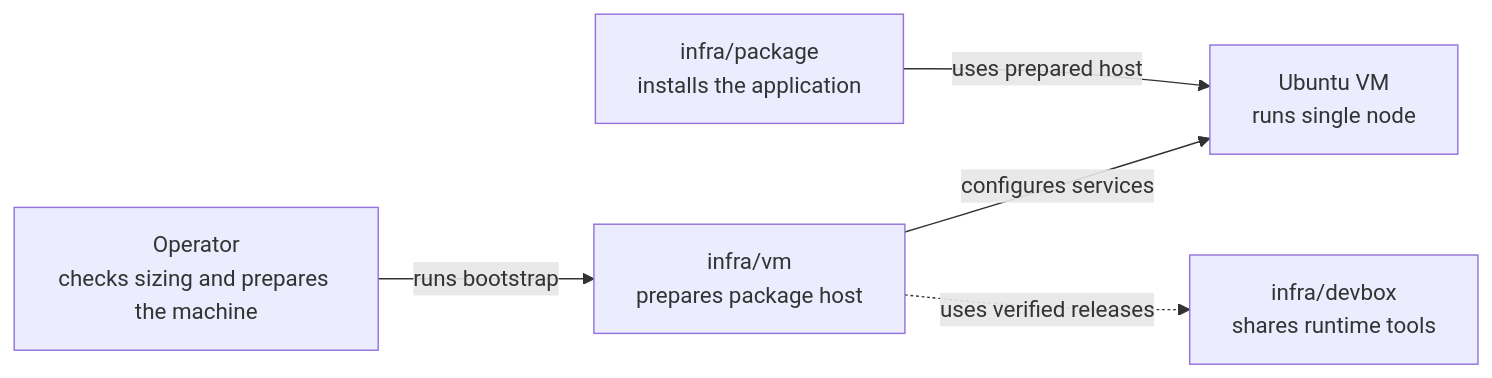
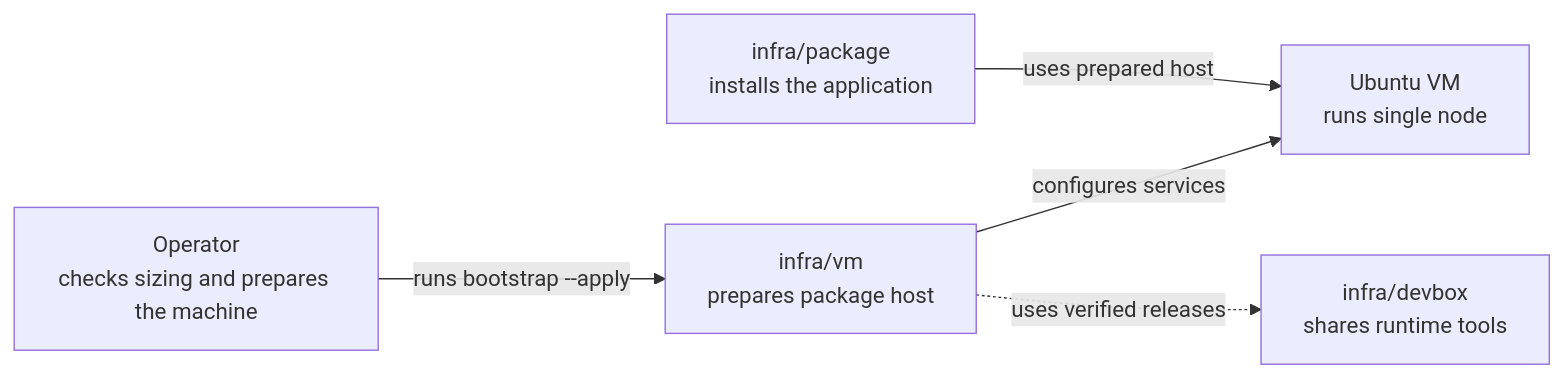
Before and after one commit to elewa-git/opencrane-new: the diagram in infra/vm/README.md, drawn with Mermaid. The commit also changed other lines of this file and 14 other files, not shown here.

````diff
--- a/infra/vm/README.md
+++ b/infra/vm/README.md
@@ -15,7 +15,7 @@
 ```mermaid
 flowchart LR
-  operator["Operator<br/>checks sizing and prepares the machine"] -->|runs bootstrap| vm["infra/vm<br/>prepares package host"]
+  operator["Operator<br/>checks sizing and prepares the machine"] -->|runs bootstrap --apply| vm["infra/vm<br/>prepares package host"]
   vm -->|configures services| host["Ubuntu VM<br/>runs single node"]
   vm -.->|uses verified releases| tools["infra/devbox<br/>shares runtime tools"]
   package["infra/package<br/>installs the application"] -->|uses prepared host| host
 ```
````
